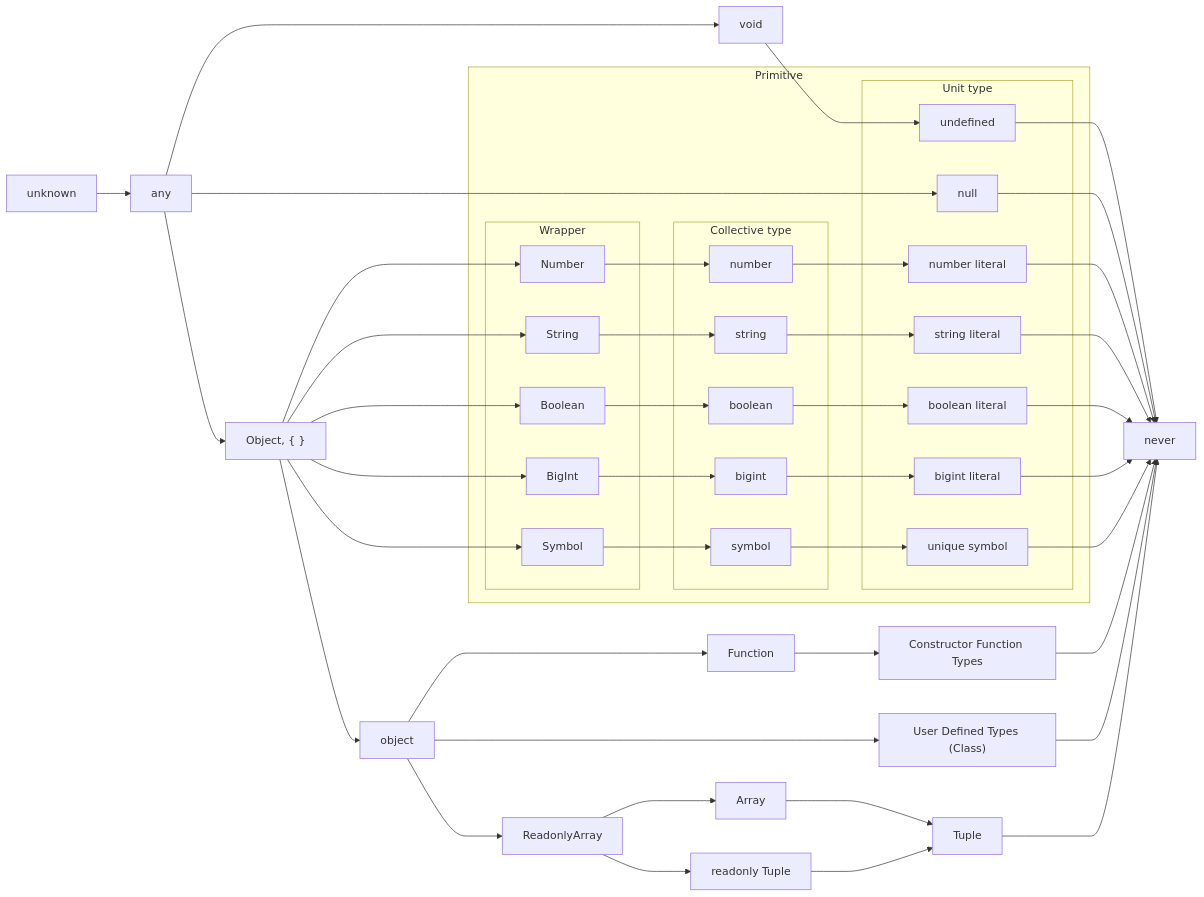
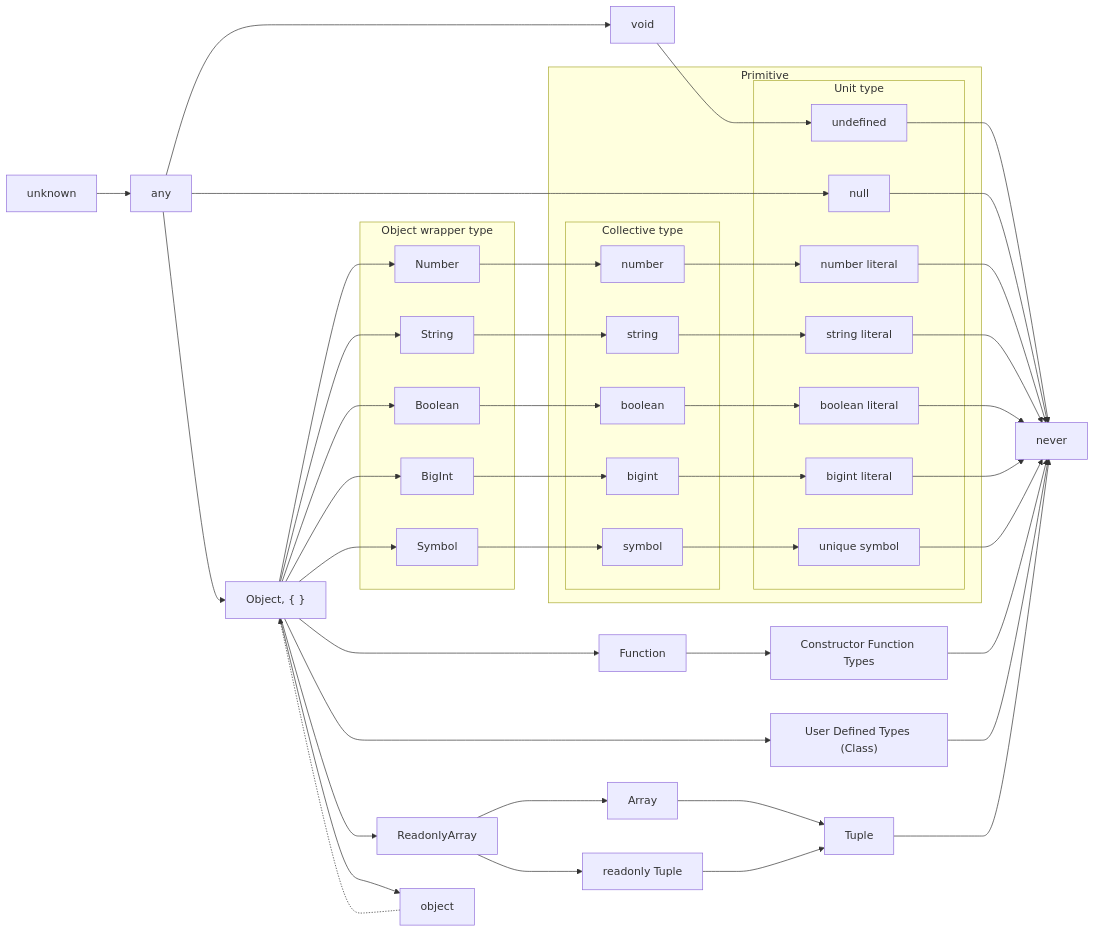
One commit to yo-goto/zenn-public-repo changed the fourth of 8 diagrams in articles/typescript-type-set-hierarchy.md. Above: the diagram before and after it, drawn with Mermaid. The commit also changed other lines of this file and 1 other file, not shown here.

````diff
--- a/articles/typescript-type-set-hierarchy.md
+++ b/articles/typescript-type-set-hierarchy.md
@@ -527,53 +581,55 @@
 ```mermaid
 graph LR
   U[unknown]
   N[never]
   A[any]
   V[void]
   O["Object, { }"]
   obj[object]
   udt["User Defined Types (Class)"]
   cons["Constructor Function Types"]
   U --> A
   A --> V --> undefined --> N
   A --> null --> N
-  A --> O --> Number & String & Boolean & BigInt & Symbol & obj
+  A --> O --> Number & String & Boolean & BigInt & Symbol
+  subgraph Wrap[Object wrapper type]
+    Number
+    String
+    Boolean
+    BigInt
+    Symbol
+  end
   subgraph Primitive
     subgraph Unit[Unit type]
       undefined
       null
       nl[number literal]
       sl[string literal]
       bl[boolean literal]
       bil[bigint literal]
       us[unique symbol]
     end
     subgraph Col[Collective type]
       number
       string
       boolean
       bigint
       symbol
     end
-    subgraph Wrap[Wrapper]
-      Number
-      String
-      Boolean
-      BigInt
-      Symbol
-    end
     Number --> number --> nl[number literal]
     String --> string --> sl[string literal]
     Boolean --> boolean --> bl[boolean literal]
     BigInt --> bigint --> bil[bigint literal]
     Symbol --> symbol --> us[unique symbol]
   end
   nl --> N
   sl --> N
   bl --> N
   bil --> N
   us --> N
-  obj --> Function --> cons --> N
-  obj --> udt --> N
-  obj --> ReadonlyArray --> Array & RT[readonly Tuple] --> Tuple --> N
+  O --> Function --> cons --> N
+  O --> udt --> N
+  O --> ReadonlyArray --> Array & RT[readonly Tuple] --> Tuple --> N
+  O --> obj
+  obj -.-> O
 ```
````
